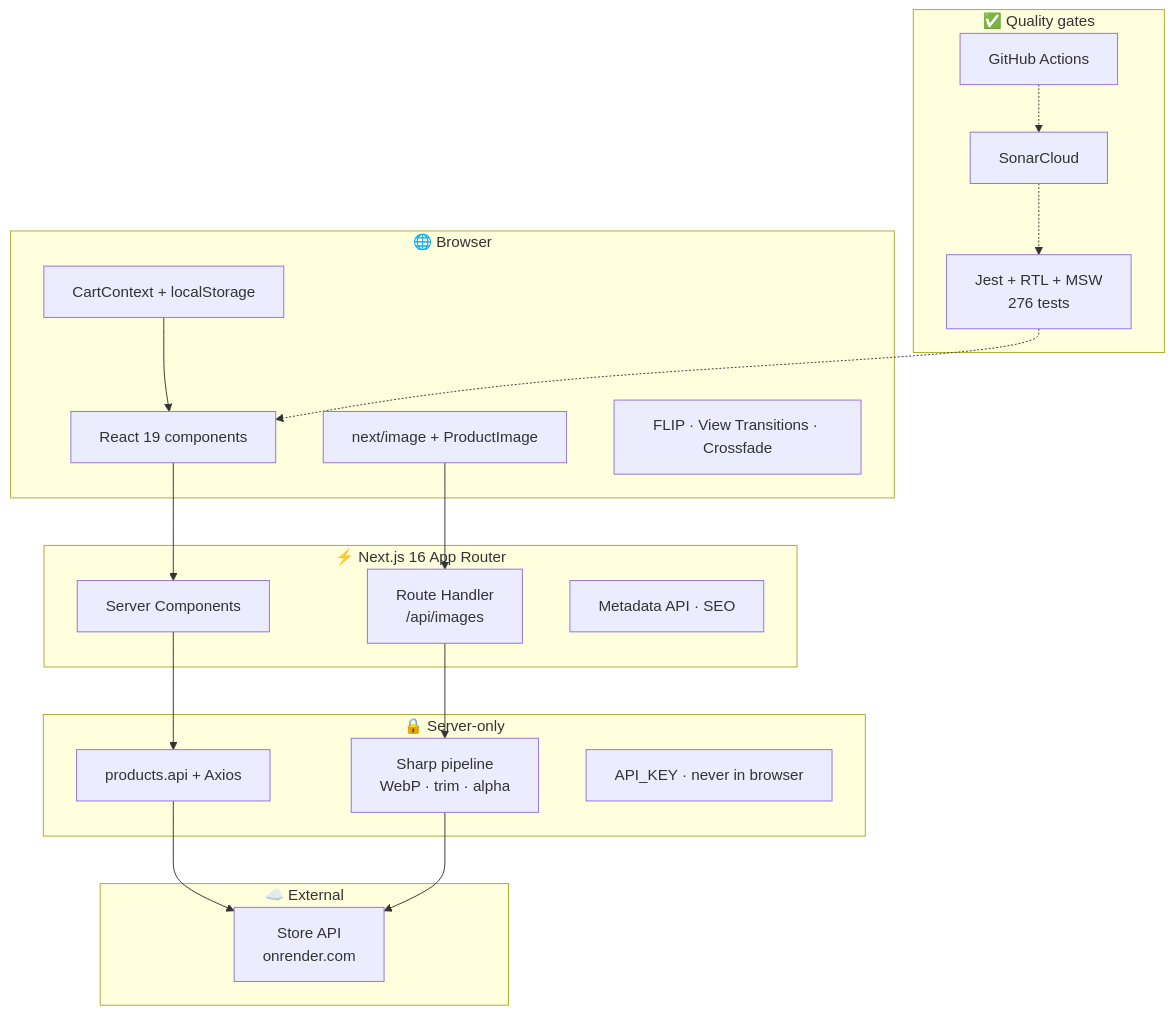
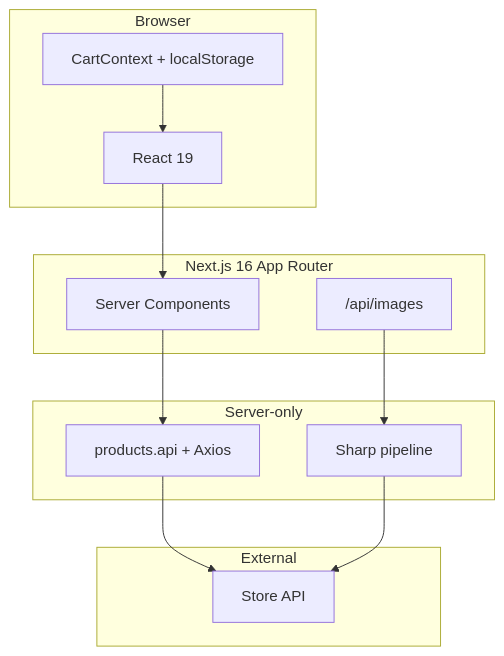
Before and after one commit to CristinaFores/zara-mobile-challenge: the first of 3 diagrams in README.md, drawn with Mermaid. The commit also changed other lines of this file and 13 other files, not shown here.

````diff
--- a/README.md
+++ b/README.md
@@ -217,42 +138,25 @@
 ```mermaid
 flowchart TB
-  subgraph Client["🌐 Browser"]
-    UI["React 19 components"]
-    IMG["next/image + ProductImage"]
-    MOTION["FLIP · View Transitions · Crossfade"]
+  subgraph Client["Browser"]
+    UI["React 19"]
     CART["CartContext + localStorage"]
   end
 
-  subgraph Next["⚡ Next.js 16 App Router"]
+  subgraph Next["Next.js 16 App Router"]
     RSC["Server Components"]
-    RH["Route Handler<br/>/api/images"]
-    META["Metadata API · SEO"]
+    RH["/api/images"]
   end
 
-  subgraph Server["🔒 Server-only"]
+  subgraph Server["Server-only"]
     API["products.api + Axios"]
-    SHARP["Sharp pipeline<br/>WebP · trim · alpha"]
-    KEY["API_KEY · never in browser"]
+    SHARP["Sharp pipeline"]
   end
 
-  subgraph External["☁️ External"]
-    STORE["Store API<br/>onrender.com"]
+  subgraph External["External"]
+    STORE["Store API"]
   end
 
-  subgraph Quality["✅ Quality gates"]
-    JEST["Jest + RTL + MSW<br/>276 tests"]
-    SONAR["SonarCloud"]
-    CI["GitHub Actions"]
-  end
-
-  UI --> RSC
-  IMG --> RH
-  RSC --> API
-  RH --> SHARP
-  API --> STORE
-  SHARP --> STORE
+  UI --> RSC --> API --> STORE
+  RH --> SHARP --> STORE
   CART --> UI
-  JEST -.-> UI
-  SONAR -.-> JEST
-  CI -.-> SONAR
 ```
````
